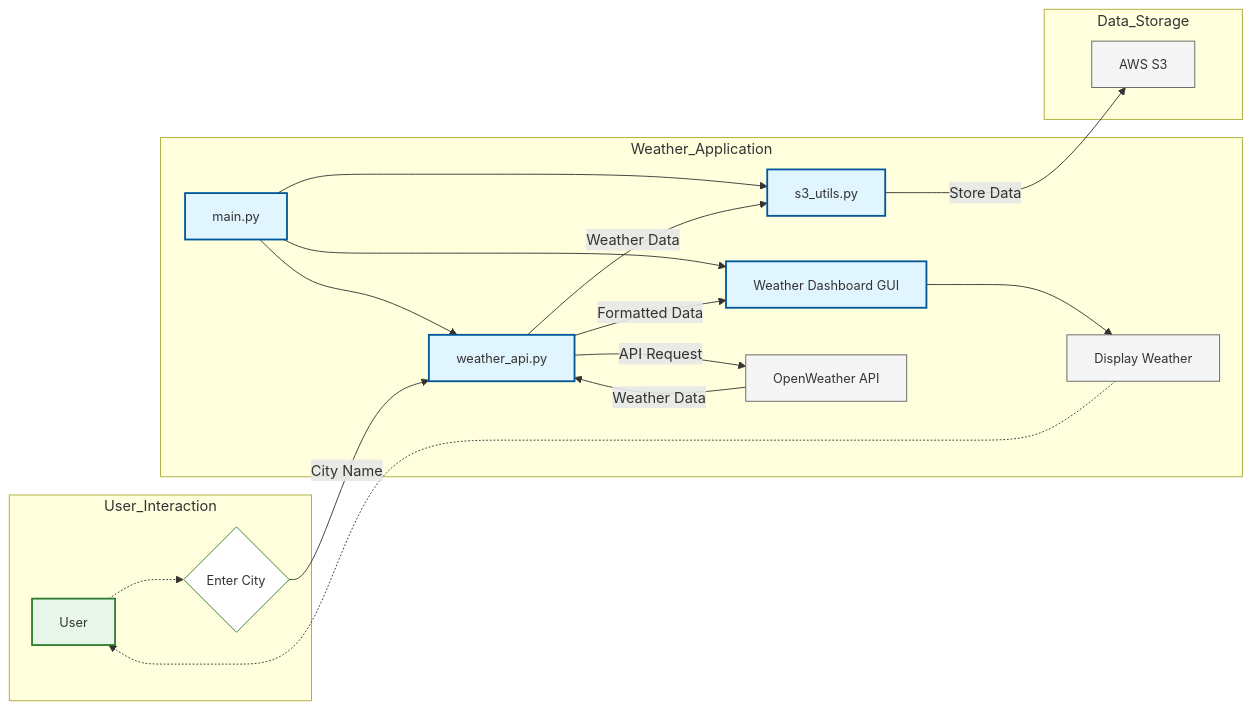
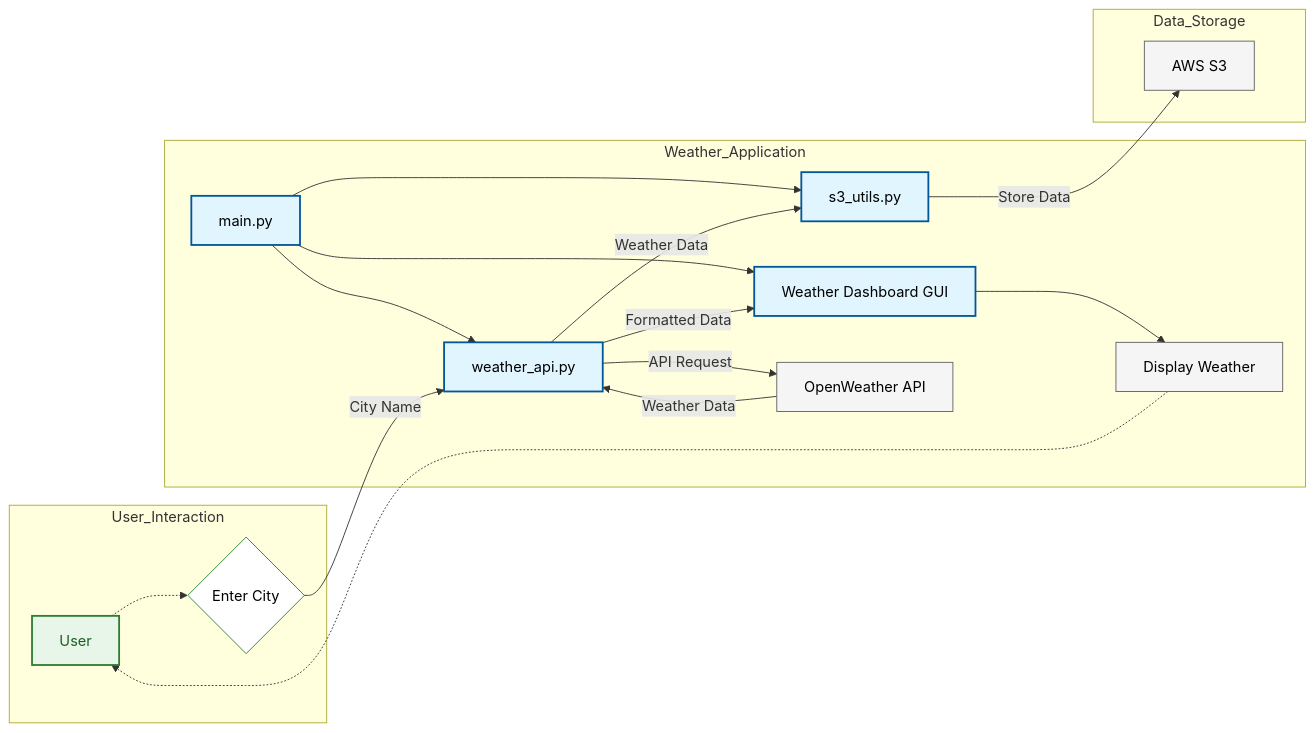
The diagram in day1-weather-dashboard/README.md (ChetanThapliyal/devops-challenge-AWS), drawn with Mermaid before and after one commit.

Commit message:
fixed font color, mermaid

````diff
--- a/day1-weather-dashboard/README.md
+++ b/day1-weather-dashboard/README.md
@@ -42,35 +42,35 @@
 ```mermaid
 graph LR
     subgraph User_Interaction
         A[User] -.-> B{Enter City}
     end
     
     subgraph Weather_Application
         M[main.py] --> C
         M[main.py] --> E
         M[main.py] --> G
         B{Enter City} --"City Name"--> C[weather_api.py]
         C[weather_api.py] --"API Request"--> D[OpenWeather API]
         D[OpenWeather API] --"Weather Data"--> C
         C --"Formatted Data"-->  E[Weather Dashboard GUI]
         E[Weather Dashboard GUI] --> F[Display Weather]
     end
 
     subgraph Data_Storage
         C[weather_api.py] -- "Weather Data" --> G[s3_utils.py]
         G[s3_utils.py] --"Store Data"--> H[AWS S3]
     end
 
     F[Display Weather] -.-> A[User]
 
-    %% Inline styling for GitHub compatibility
-    style A fill:#e8f5e9,stroke:#2e7d32,stroke-width:2px,font-size:14px
-    style B fill:#ffffff,stroke:#2e7d32,stroke-width:1px,font-size:14px
-    style C fill:#e1f5fe,stroke:#01579b,stroke-width:2px,font-size:14px
-    style D fill:#f5f5f5,stroke:#616161,stroke-width:1px,font-size:14px
-    style E fill:#e1f5fe,stroke:#01579b,stroke-width:2px,font-size:14px
-    style F fill:#f5f5f5,stroke:#616161,stroke-width:1px,font-size:14px
-    style G fill:#e1f5fe,stroke:#01579b,stroke-width:2px,font-size:14px
-    style H fill:#f5f5f5,stroke:#616161,stroke-width:1px,font-size:14px
-    style M fill:#e1f5fe,stroke:#01579b,stroke-width:2px,font-size:14px
+    %% Styling for better readability
+    style A fill:#e8f5e9,stroke:#2e7d32,stroke-width:2px,font-size:16px,color:#1b5e20
+    style B fill:#ffffff,stroke:#2e7d32,stroke-width:1px,font-size:16px,color:#000000
+    style C fill:#e1f5fe,stroke:#01579b,stroke-width:2px,font-size:16px,color:#000000
+    style D fill:#f5f5f5,stroke:#616161,stroke-width:1px,font-size:16px,color:#000000
+    style E fill:#e1f5fe,stroke:#01579b,stroke-width:2px,font-size:16px,color:#000000
+    style F fill:#f5f5f5,stroke:#616161,stroke-width:1px,font-size:16px,color:#000000
+    style G fill:#e1f5fe,stroke:#01579b,stroke-width:2px,font-size:16px,color:#000000
+    style H fill:#f5f5f5,stroke:#616161,stroke-width:1px,font-size:16px,color:#000000
+    style M fill:#e1f5fe,stroke:#01579b,stroke-width:2px,font-size:16px,color:#000000
 ```
````
